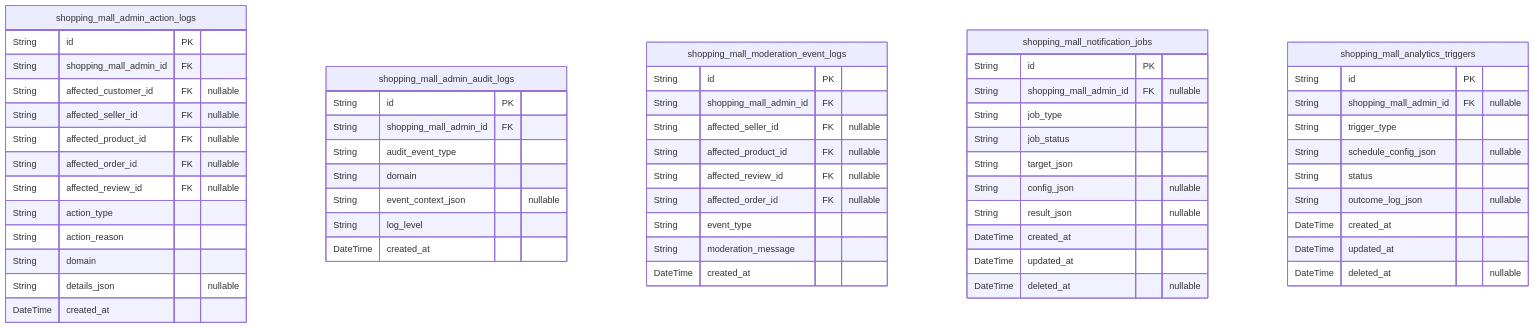
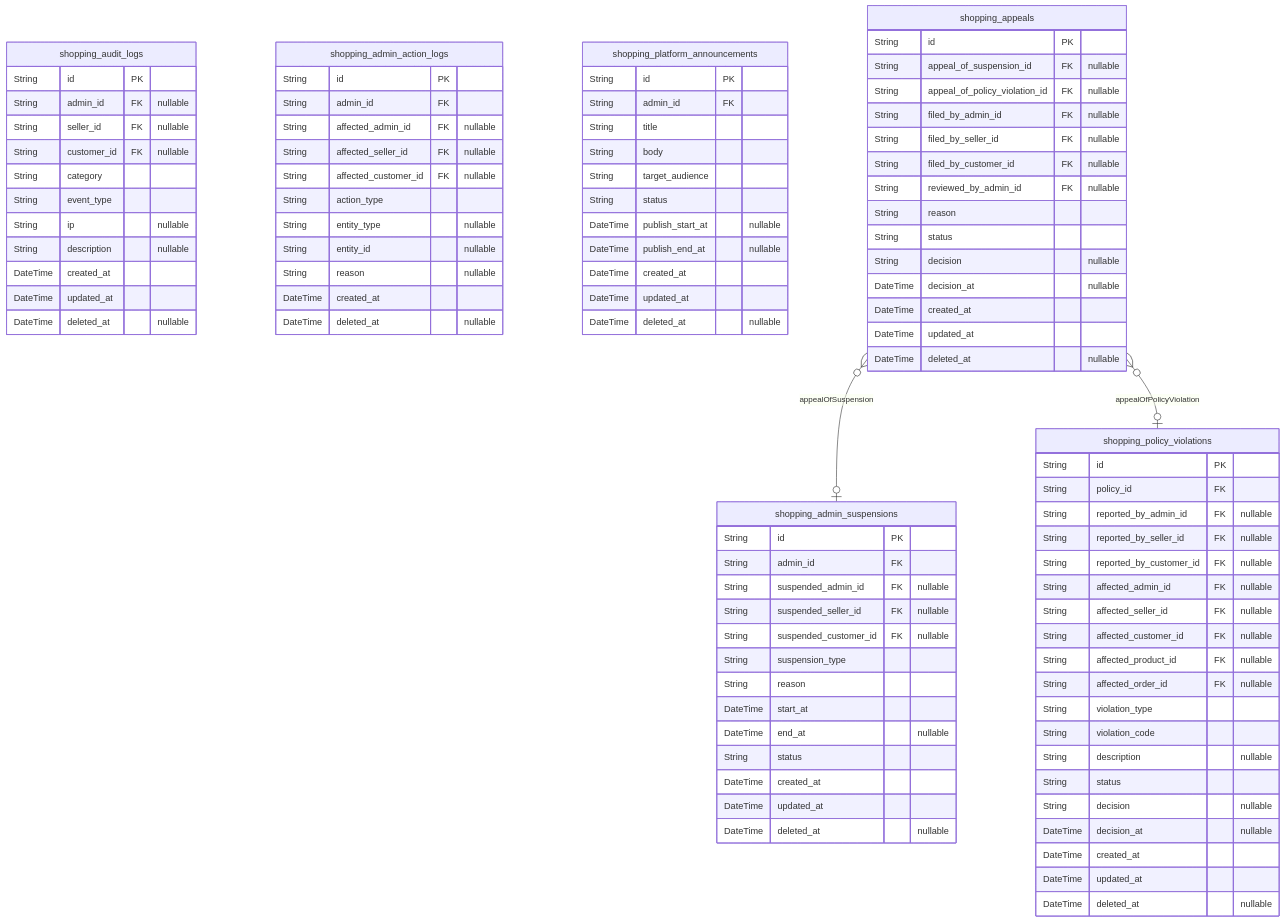
The tenth of 12 diagrams in openai/gpt-4.1/shopping/docs/ERD.md (wrtnlabs/autobe-examples), drawn with Mermaid before and after one commit. The commit also changed other lines of this file and 16146 other files, not shown here.

````diff
--- a/openai/gpt-4.1/shopping/docs/ERD.md
+++ b/openai/gpt-4.1/shopping/docs/ERD.md
@@ -1599,60 +1973,96 @@
 ```mermaid
 erDiagram
-"shopping_mall_admin_action_logs" {
+"shopping_audit_logs" {
   String id PK
-  String shopping_mall_admin_id FK
-  String affected_customer_id FK "nullable"
-  String affected_seller_id FK "nullable"
-  String affected_product_id FK "nullable"
-  String affected_order_id FK "nullable"
-  String affected_review_id FK "nullable"
-  String action_type
-  String action_reason
-  String domain
-  String details_json "nullable"
-  DateTime created_at
-}
-"shopping_mall_admin_audit_logs" {
-  String id PK
-  String shopping_mall_admin_id FK
-  String audit_event_type
-  String domain
-  String event_context_json "nullable"
-  String log_level
-  DateTime created_at
-}
-"shopping_mall_moderation_event_logs" {
-  String id PK
-  String shopping_mall_admin_id FK
-  String affected_seller_id FK "nullable"
-  String affected_product_id FK "nullable"
-  String affected_review_id FK "nullable"
-  String affected_order_id FK "nullable"
+  String admin_id FK "nullable"
+  String seller_id FK "nullable"
+  String customer_id FK "nullable"
+  String category
   String event_type
-  String moderation_message
-  DateTime created_at
-}
-"shopping_mall_notification_jobs" {
-  String id PK
-  String shopping_mall_admin_id FK "nullable"
-  String job_type
-  String job_status
-  String target_json
-  String config_json "nullable"
-  String result_json "nullable"
+  String ip "nullable"
+  String description "nullable"
   DateTime created_at
   DateTime updated_at
   DateTime deleted_at "nullable"
 }
-"shopping_mall_analytics_triggers" {
+"shopping_admin_action_logs" {
   String id PK
-  String shopping_mall_admin_id FK "nullable"
-  String trigger_type
-  String schedule_config_json "nullable"
+  String admin_id FK
+  String affected_admin_id FK "nullable"
+  String affected_seller_id FK "nullable"
+  String affected_customer_id FK "nullable"
+  String action_type
+  String entity_type "nullable"
+  String entity_id "nullable"
+  String reason "nullable"
+  DateTime created_at
+  DateTime deleted_at "nullable"
+}
+"shopping_admin_suspensions" {
+  String id PK
+  String admin_id FK
+  String suspended_admin_id FK "nullable"
+  String suspended_seller_id FK "nullable"
+  String suspended_customer_id FK "nullable"
+  String suspension_type
+  String reason
+  DateTime start_at
+  DateTime end_at "nullable"
   String status
-  String outcome_log_json "nullable"
   DateTime created_at
   DateTime updated_at
   DateTime deleted_at "nullable"
 }
+"shopping_platform_announcements" {
+  String id PK
+  String admin_id FK
+  String title
+  String body
+  String target_audience
+  String status
+  DateTime publish_start_at "nullable"
+  DateTime publish_end_at "nullable"
+  DateTime created_at
+  DateTime updated_at
+  DateTime deleted_at "nullable"
+}
+"shopping_policy_violations" {
+  String id PK
+  String policy_id FK
+  String reported_by_admin_id FK "nullable"
+  String reported_by_seller_id FK "nullable"
+  String reported_by_customer_id FK "nullable"
+  String affected_admin_id FK "nullable"
+  String affected_seller_id FK "nullable"
+  String affected_customer_id FK "nullable"
+  String affected_product_id FK "nullable"
+  String affected_order_id FK "nullable"
+  String violation_type
+  String violation_code
+  String description "nullable"
+  String status
+  String decision "nullable"
+  DateTime decision_at "nullable"
+  DateTime created_at
+  DateTime updated_at
+  DateTime deleted_at "nullable"
+}
+"shopping_appeals" {
+  String id PK
+  String appeal_of_suspension_id FK "nullable"
+  String appeal_of_policy_violation_id FK "nullable"
+  String filed_by_admin_id FK "nullable"
+  String filed_by_seller_id FK "nullable"
+  String filed_by_customer_id FK "nullable"
+  String reviewed_by_admin_id FK "nullable"
+  String reason
+  String status
+  String decision "nullable"
+  DateTime decision_at "nullable"
+  DateTime created_at
+  DateTime updated_at
+  DateTime deleted_at "nullable"
+}
+"shopping_appeals" }o--o| "shopping_admin_suspensions" : appealOfSuspension
+"shopping_appeals" }o--o| "shopping_policy_violations" : appealOfPolicyViolation
 ```
````
